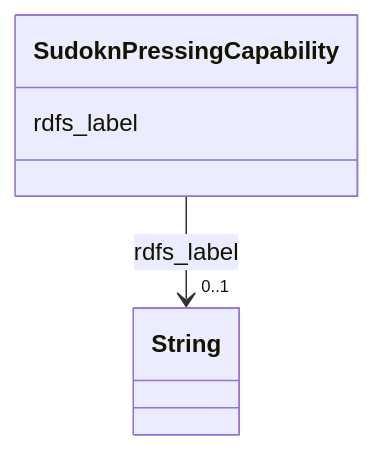
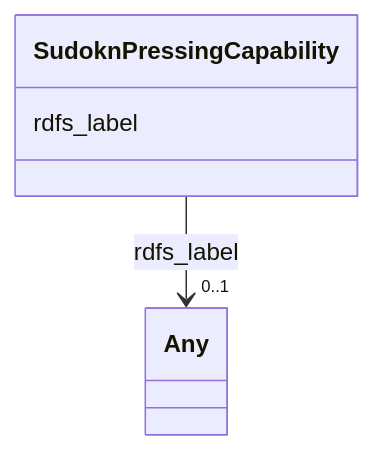
The diagram in sudokn-kg/classes/SudoknPressingCapability.md (frink-okn/graph-descriptions), drawn with Mermaid before and after one commit. The commit also changed other lines of this file and 903 other files, not shown here.

````diff
--- a/sudokn-kg/classes/SudoknPressingCapability.md
+++ b/sudokn-kg/classes/SudoknPressingCapability.md
@@ -23,15 +18,15 @@
 ```mermaid
  classDiagram
     class SudoknPressingCapability
     click SudoknPressingCapability href "../SudoknPressingCapability"
       SudoknPressingCapability : rdfs_label
         
           
     
     
-    SudoknPressingCapability --> "0..1" String : rdfs_label
-    click String href "../String"
+    SudoknPressingCapability --> "0..1" Any : rdfs_label
+    click Any href "../Any"
 
         
       
 ```
````
